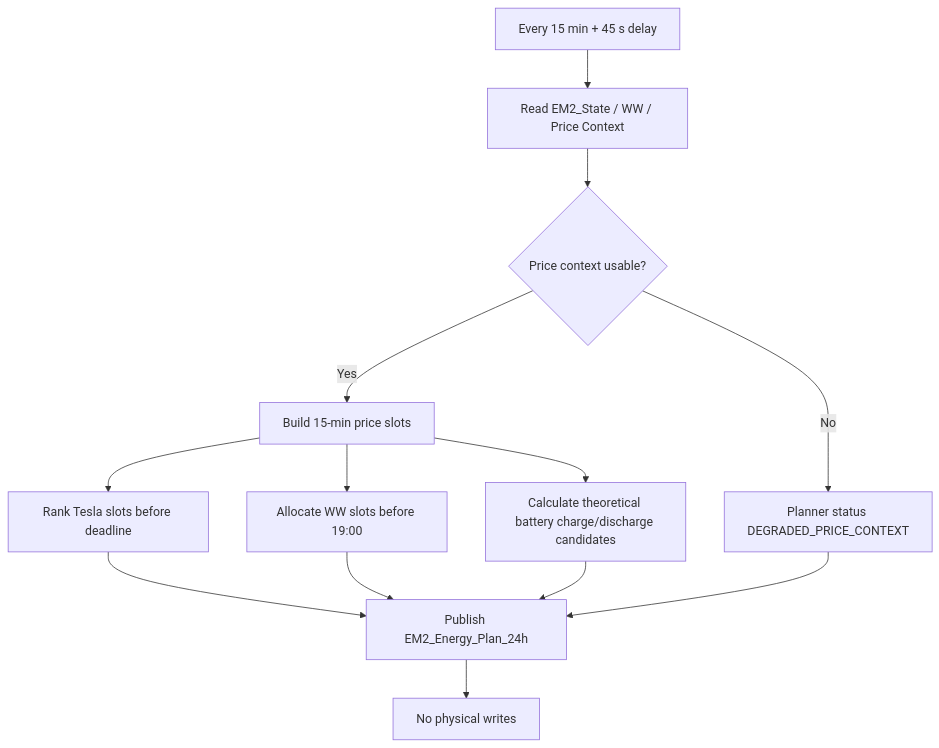
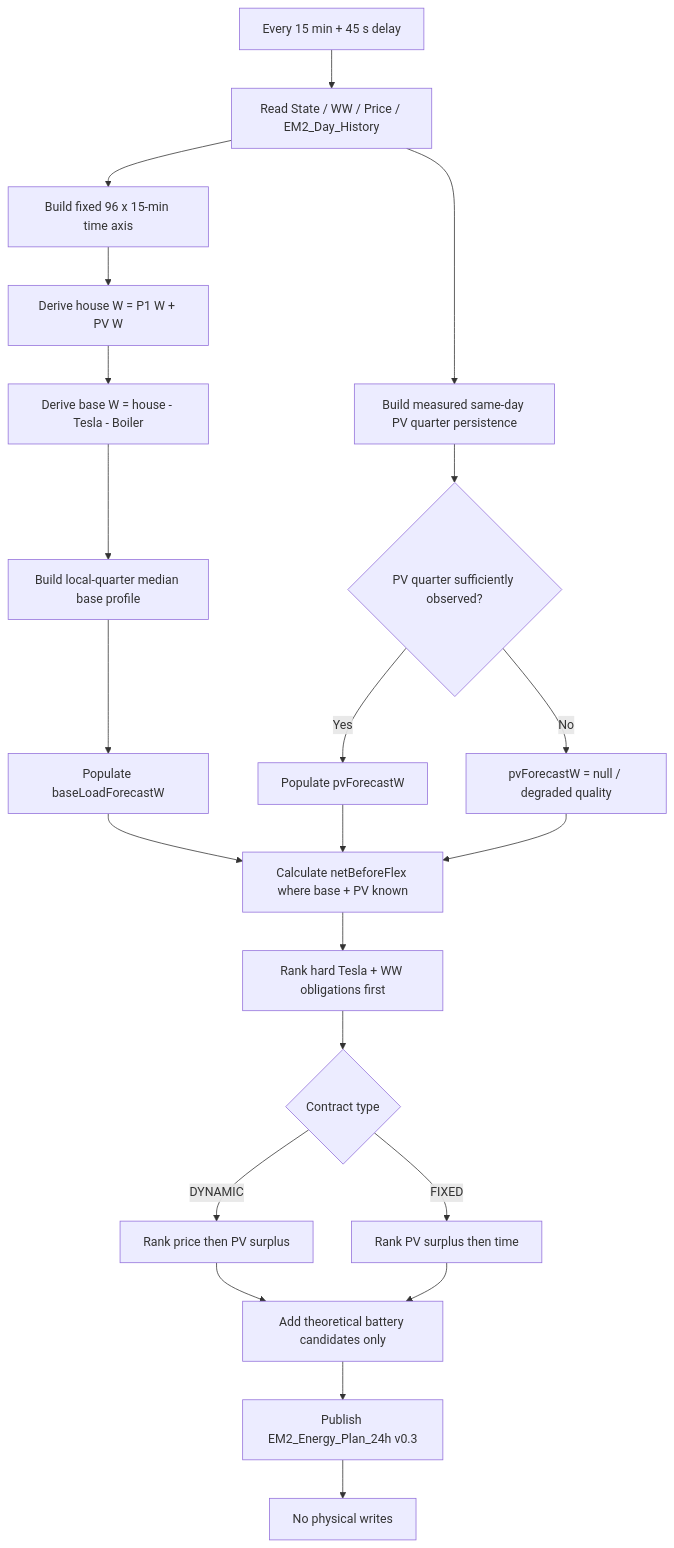
One commit to OnsKasteeltje/homey-energy-manual changed the second of 9 diagrams in docs/software-architecture/flows/planner-power-intent-flow.md. Above: the diagram before and after it, drawn with Mermaid. The commit also changed other lines of this file, not shown here.

Commit message:
docs: align planner flow with v0.3 energy balance

````diff
--- a/docs/software-architecture/flows/planner-power-intent-flow.md
+++ b/docs/software-architecture/flows/planner-power-intent-flow.md
@@ -76,15 +85,24 @@
 ```mermaid
 flowchart TD
-    A[Every 15 min + 45 s delay] --> B[Read EM2_State / WW / Price Context]
-    B --> C{Price context usable?}
-    C -->|No| D[Planner status DEGRADED_PRICE_CONTEXT]
-    C -->|Yes| E[Build 15-min price slots]
-    E --> F[Rank Tesla slots before deadline]
-    E --> G[Allocate WW slots before 19:00]
-    E --> H[Calculate theoretical battery charge/discharge candidates]
-    F --> I[Publish EM2_Energy_Plan_24h]
-    G --> I
-    H --> I
-    D --> I
-    I --> J[No physical writes]
+    A[Every 15 min + 45 s delay] --> B[Read State / WW / Price / EM2_Day_History]
+    B --> C[Build fixed 96 x 15-min time axis]
+    C --> D[Derive house W = P1 W + PV W]
+    D --> E[Derive base W = house - Tesla - Boiler]
+    E --> F[Build local-quarter median base profile]
+    B --> G[Build measured same-day PV quarter persistence]
+    F --> H[Populate baseLoadForecastW]
+    G --> I{PV quarter sufficiently observed?}
+    I -->|Yes| J[Populate pvForecastW]
+    I -->|No| K[pvForecastW = null / degraded quality]
+    H --> L[Calculate netBeforeFlex where base + PV known]
+    J --> L
+    K --> L
+    L --> M[Rank hard Tesla + WW obligations first]
+    M --> N{Contract type}
+    N -->|DYNAMIC| O[Rank price then PV surplus]
+    N -->|FIXED| P[Rank PV surplus then time]
+    O --> Q[Add theoretical battery candidates only]
+    P --> Q
+    Q --> R[Publish EM2_Energy_Plan_24h v0.3]
+    R --> S[No physical writes]
 ```
````
